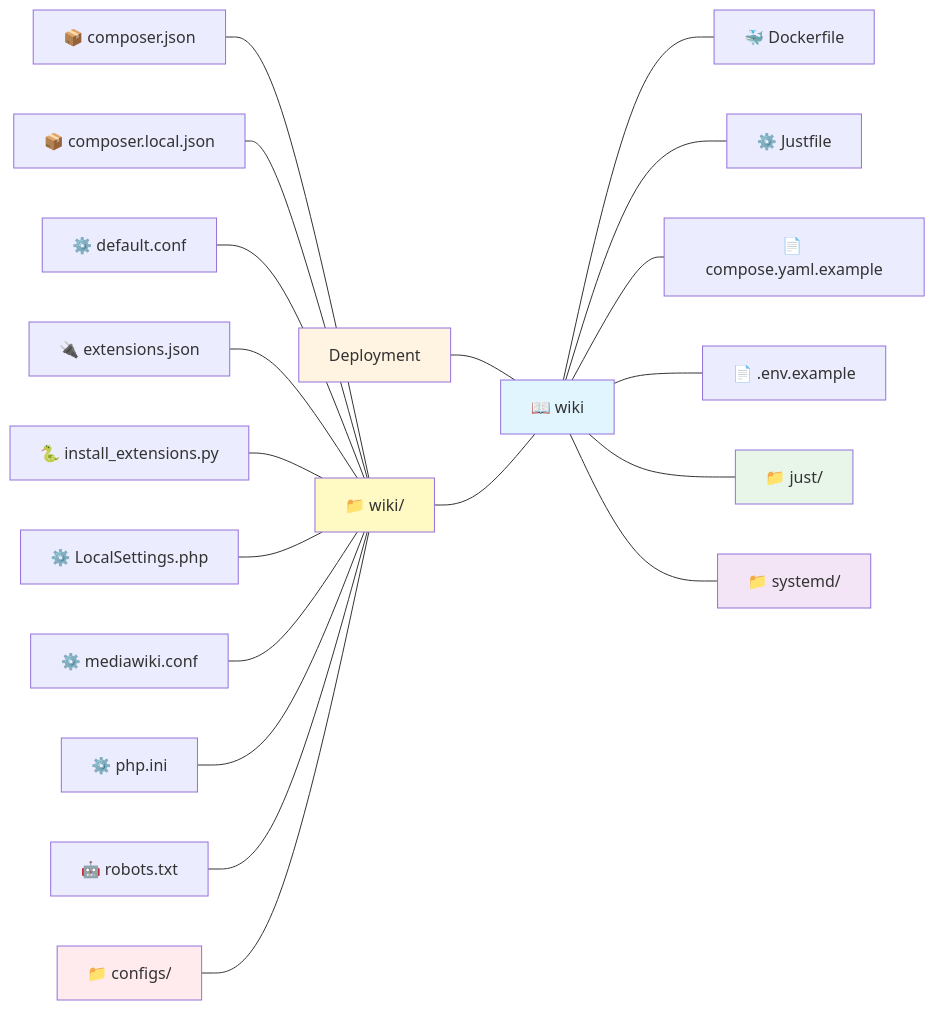
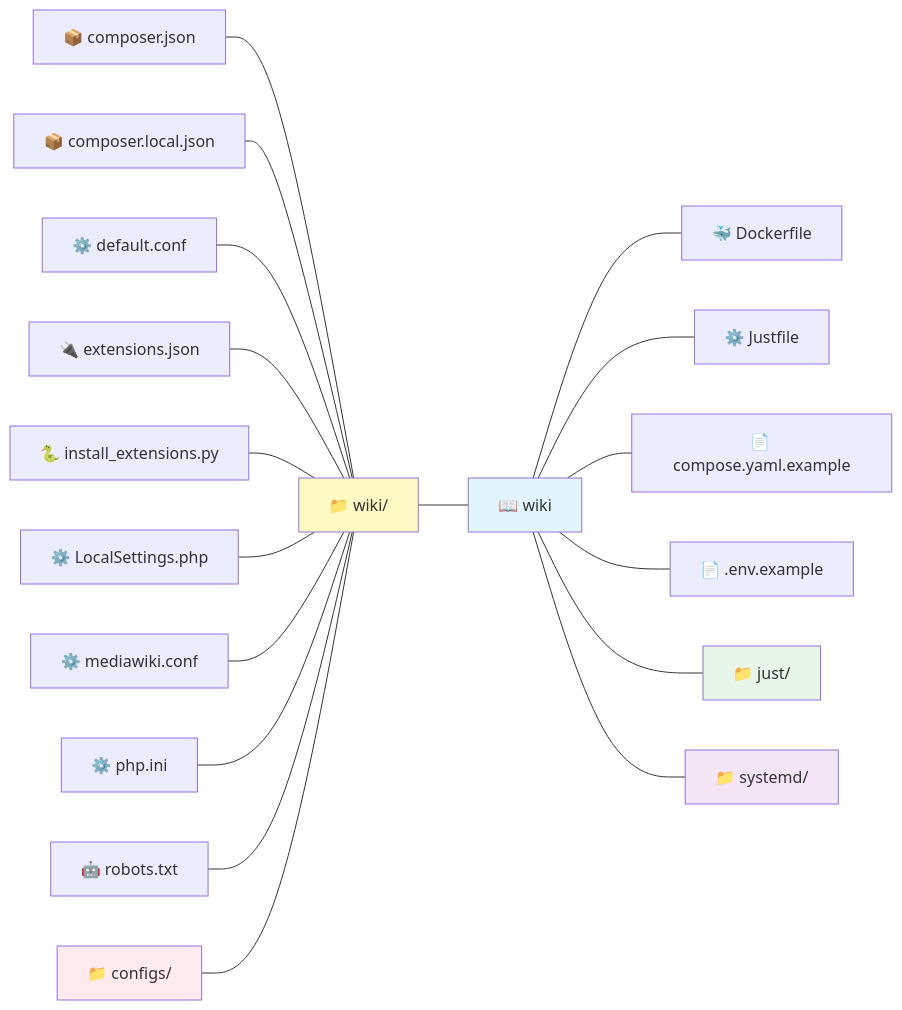
The diagram in README.md (FOSS-Wiki/wiki), drawn with Mermaid before and after one commit. The commit also changed other lines of this file, not shown here.

````diff
--- a/README.md
+++ b/README.md
@@ -109,44 +109,42 @@
 ```mermaid
 graph LR
     ComposerJson["📦 composer.json"]
     ComposerLocal["📦 composer.local.json"]
     DefaultConf["⚙️ default.conf"]
     ExtensionsJson["🔌 extensions.json"]
     InstallPy["🐍 install_extensions.py"]
     LocalSettings["⚙️ LocalSettings.php"]
     MediawikiConf["⚙️ mediawiki.conf"]
     PhpIni["⚙️ php.ini"]
     Robots["🤖 robots.txt"]
     Configs["📁 configs/"]
     Wiki["📁 wiki/"]
 
     ComposerJson --- Wiki
     ComposerLocal --- Wiki
     DefaultConf --- Wiki
     ExtensionsJson --- Wiki
     InstallPy --- Wiki
     LocalSettings --- Wiki
     MediawikiConf --- Wiki
     PhpIni --- Wiki
     Robots --- Wiki
     Configs --- Wiki
 
     Root["📖 wiki"]
 
-    Deployment --- Root
     Wiki --- Root
 
     Root --- Dockerfile["🐳 Dockerfile"]
     Root --- Justfile["⚙️ Justfile"]
     Root --- ComposeExample["📄 compose.yaml.example"]
     Root --- EnvExample["📄 .env.example"]
     Root --- Just["📁 just/"]
     Root --- Systemd["📁 systemd/"]
 
     style Root fill:#e1f5ff
-    style Deployment fill:#fff4e1
     style Just fill:#e8f5e9
     style Systemd fill:#f3e5f5
     style Wiki fill:#fff9c4
     style Configs fill:#ffebee
 ```
````
